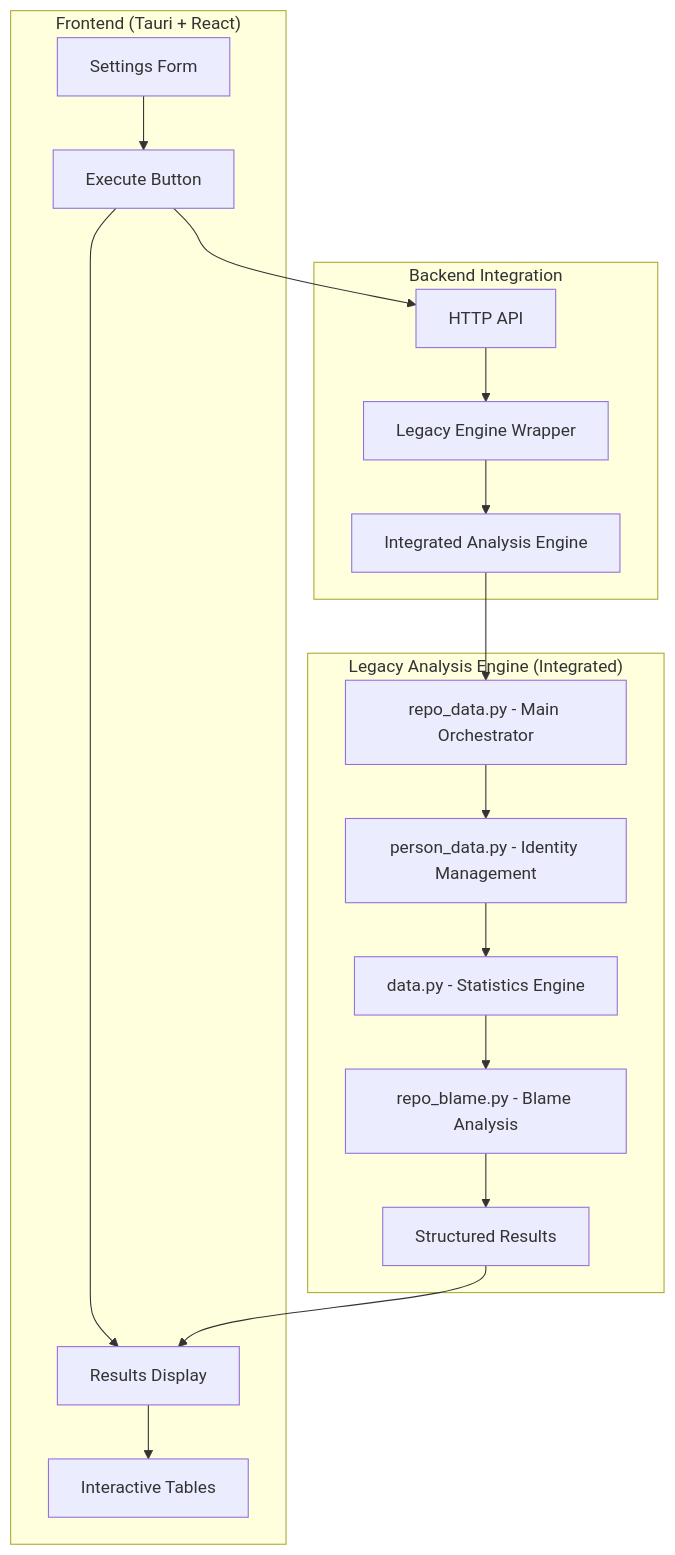
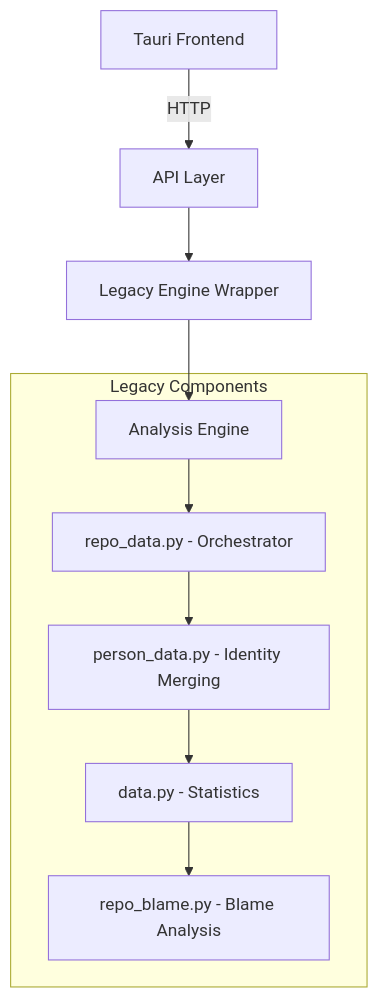
The first of 2 diagrams in docs/architecture/legacy-integration.md (boost-edu-tools/gitinspectorgui), drawn with Mermaid before and after one commit. The commit also changed other lines of this file and 11 other files, not shown here.

````diff
--- a/docs/architecture/legacy-integration.md
+++ b/docs/architecture/legacy-integration.md
@@ -34,24 +9,13 @@
 ```mermaid
 graph TB
-    subgraph "Frontend (Tauri + React)"
-        A[Settings Form] --> B[Execute Button]
-        B --> C[Results Display]
-        C --> D[Interactive Tables]
+    A[Tauri Frontend] -->|HTTP| B[API Layer]
+    B --> C[Legacy Engine Wrapper]
+    C --> D[Analysis Engine]
+
+    subgraph "Legacy Components"
+        D --> E[repo_data.py - Orchestrator]
+        E --> F[person_data.py - Identity Merging]
+        F --> G[data.py - Statistics]
+        G --> H[repo_blame.py - Blame Analysis]
     end
-
-    subgraph "Backend Integration"
-        E[HTTP API] --> F[Legacy Engine Wrapper]
-        F --> G[Integrated Analysis Engine]
-    end
-
-    subgraph "Legacy Analysis Engine (Integrated)"
-        G --> H[repo_data.py - Main Orchestrator]
-        H --> I[person_data.py - Identity Management]
-        I --> J[data.py - Statistics Engine]
-        J --> K[repo_blame.py - Blame Analysis]
-        K --> L[Structured Results]
-    end
-
-    B --> E
-    L --> C
 ```
````
